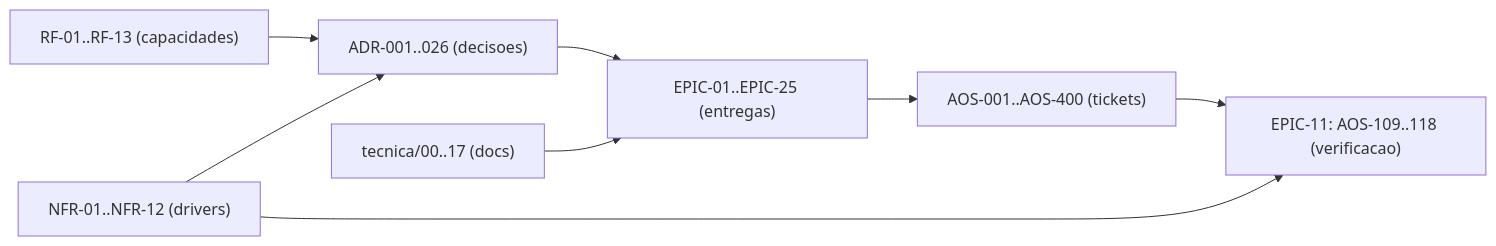
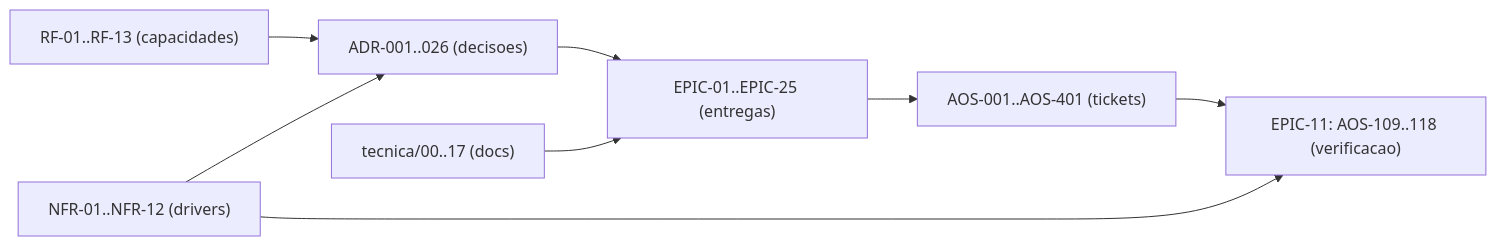
Before and after one commit to albinoJimy/aos: the diagram in tecnica/16_Rastreabilidade_RTM.md, drawn with Mermaid. The commit also changed other lines of this file and 19 other files, not shown here.

````diff
--- a/tecnica/16_Rastreabilidade_RTM.md
+++ b/tecnica/16_Rastreabilidade_RTM.md
@@ -185,10 +185,10 @@
 ```mermaid
 flowchart LR
     RF["RF-01..RF-13 (capacidades)"] --> ADR["ADR-001..026 (decisoes)"]
     NFR["NFR-01..NFR-12 (drivers)"] --> ADR
     ADR --> EPIC["EPIC-01..EPIC-25 (entregas)"]
-    EPIC --> TICK["AOS-001..AOS-400 (tickets)"]
+    EPIC --> TICK["AOS-001..AOS-401 (tickets)"]
     DOC["tecnica/00..17 (docs)"] --> EPIC
     TICK --> TEST["EPIC-11: AOS-109..118 (verificacao)"]
     NFR --> TEST
 ```
````
